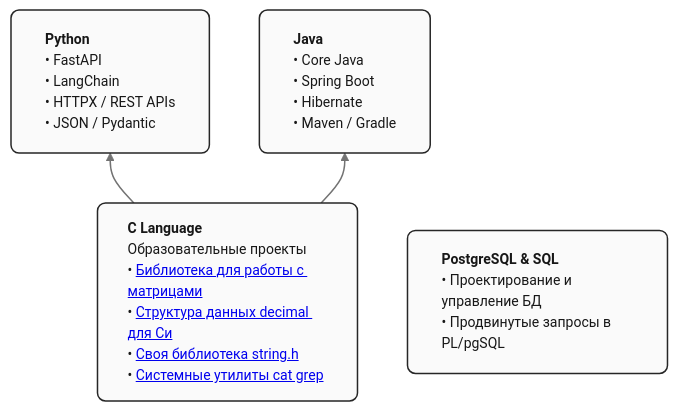
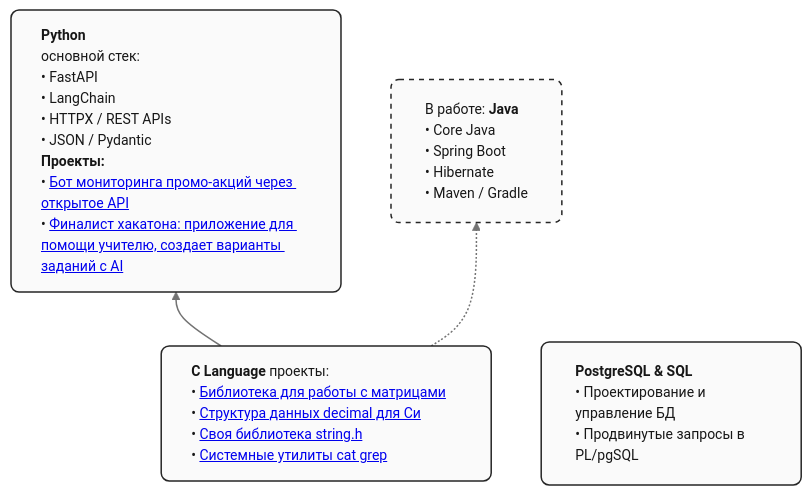
Before and after one commit to fanofanapa/fanofanapa: the diagram in README.md, drawn with Mermaid.

````diff
--- a/README.md
+++ b/README.md
@@ -1,20 +1,21 @@
 ```mermaid
 %%{init: {'theme': 'base', 'themeVariables': { 'fontSize': '14px', 'fontFamily': 'Inter, system-ui, -apple-system, sans-serif' }}}%%
 flowchart BT
-    c_lang["<div style='text-align: left; padding: 0px;'><b>C Language</b><br/>Образовательные проекты<br/>• <a href='https://github.com/fanofanapa/matrix_lib_c_edu'>Библиотека для работы с матрицами</a><br/>• <a href='https://github.com/fanofanapa/decimal_lib_c_edu'>Структура данных decimal для Си</a><br/>• <a href='https://github.com/fanofanapa/strings_lib_c_edu'>Своя библиотека string.h</a><br/>• <a href='https://github.com/fanofanapa/cat_grep_educational/tree/main'>Системные утилиты cat grep</a></div>"]
+    c_lang["<div style='text-align: left; padding: 0px; min-width: 270px;'><b>C Language</b> проекты:<br/>• <a href='https://github.com/fanofanapa/matrix_lib_c_edu'>Библиотека для работы с матрицами</a><br/>• <a href='https://github.com/fanofanapa/decimal_lib_c_edu'>Структура данных decimal для Си</a><br/>• <a href='https://github.com/fanofanapa/strings_lib_c_edu'>Своя библиотека string.h</a><br/>• <a href='https://github.com/fanofanapa/cat_grep_educational/tree/main'>Системные утилиты cat grep</a></div>"]
     
     sql["<div style='text-align: left; padding: 4px;'><b>PostgreSQL & SQL</b><br/>• Проектирование и управление БД<br/>• Продвинутые запросы в PL/pgSQL</div>"]
 
-    java["<div style='text-align: left; padding: 4px;'><b>Java</b><br/>• Core Java<br/>• Spring Boot<br/>• Hibernate<br/>• Maven / Gradle</div>"]
+    java["<div style='text-align: left; padding: 4px;'>В работе: <b>Java</b><br/>• Core Java<br/>• Spring Boot<br/>• Hibernate<br/>• Maven / Gradle</div>"]
     
-    python["<div style='text-align: left; padding: 4px;'><b>Python</b><br/>• FastAPI<br/>• LangChain<br/>• HTTPX / REST APIs<br/>• JSON / Pydantic</div>"]
+    python["<div style='text-align: left; padding: 0px; min-width: 270px;'><b>Python</b><br/>основной стек:<br/>• FastAPI<br/>• LangChain<br/>• HTTPX / REST APIs<br/>• JSON / Pydantic<br/><b>Проекты:</b><br/>• <a href='https://github.com/fanofanapa/events_alert_public'>Бот мониторинга промо-акций через открытое API</a><br/>• <a href='https://github.com/fanofanapa/sberEduHackathon'>Финалист хакатона: приложение для помощи учителю, создает варианты заданий с AI</a> </div>"]
 
     c_lang --> python
-    c_lang --> java
+    c_lang -.-> java
 
     %% Минималистичный стиль узлов: светлый фон, темные тонкие рамки, скругленные углы (rx/ry)
     classDef default fill:#fafafa,stroke:#262626,stroke-width:1.5px,color:#171717,rx:8px,ry:8px;
     
     %% Строгий стиль линий
     linkStyle default stroke:#737373,stroke-width:1.5px;
+    style java stroke-dasharray: 5 5;
 ```
````
